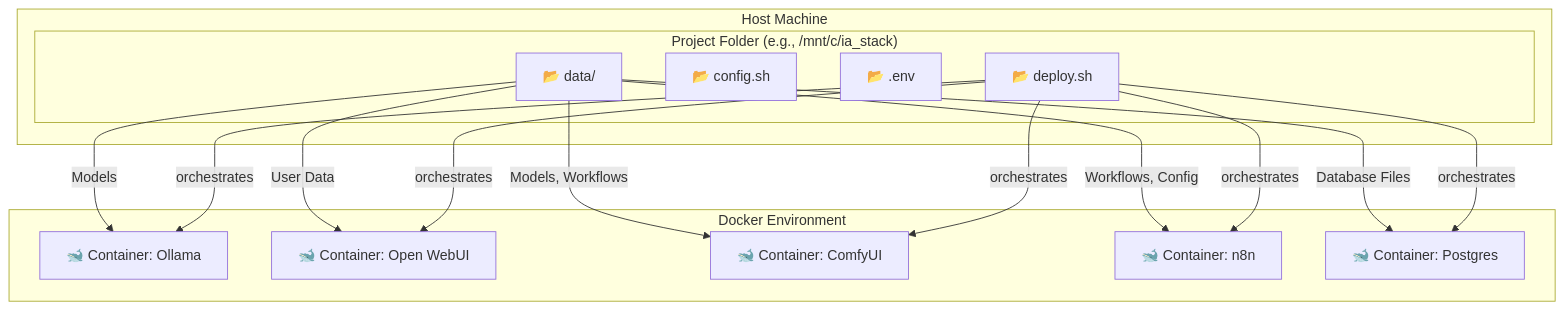
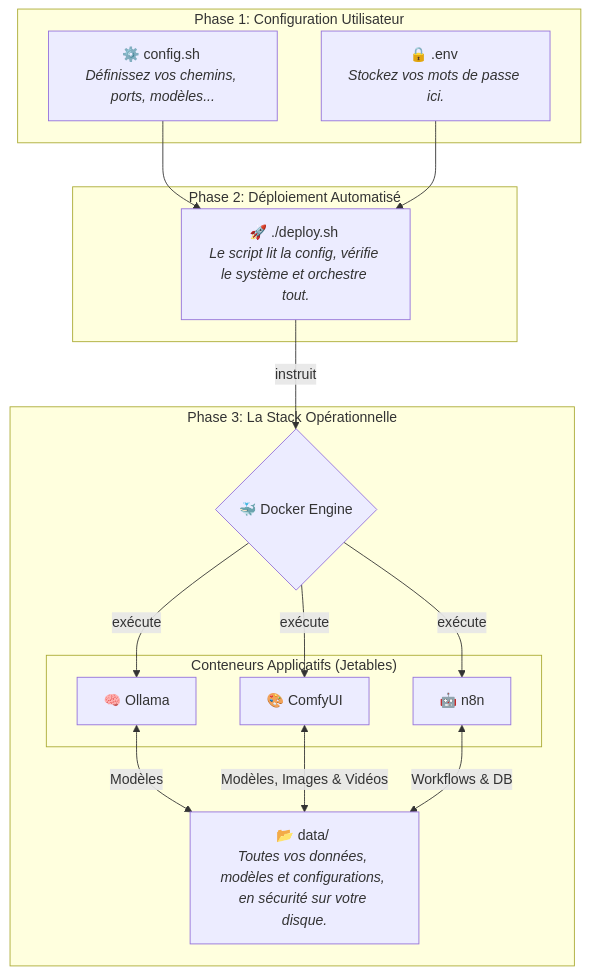
The diagram in README.md (Jamzi94/IAProd), drawn with Mermaid before and after one commit. The commit also changed other lines of this file, not shown here.

````diff
--- a/README.md
+++ b/README.md
@@ -30,31 +35,28 @@
 ```mermaid
 graph TD
-    subgraph Host Machine
-        subgraph "Project Folder (e.g., /mnt/c/ia_stack)"
-            A[📂 deploy.sh]
-            B[📂 config.sh]
-            C[📂 .env]
-            D[📂 data/]
-        end
+    subgraph "Phase 1: Configuration Utilisateur"
+        A[⚙️ config.sh <br><i>Définissez vos chemins, ports, modèles...</i>]
+        B[🔒 .env <br><i>Stockez vos mots de passe ici.</i>]
     end
 
-    subgraph Docker Environment
-        E[🐋 Container: Ollama]
-        F[🐋 Container: Open WebUI]
-        G[🐋 Container: ComfyUI]
-        H[🐋 Container: n8n]
-        I[🐋 Container: Postgres]
+    subgraph "Phase 2: Déploiement Automatisé"
+        C[🚀 ./deploy.sh <br><i>Le script lit la config, vérifie le système et orchestre tout.</i>]
     end
 
-    D -- "Models" --> E
-    D -- "User Data" --> F
-    D -- "Models, Workflows" --> G
-    D -- "Workflows, Config" --> H
-    D -- "Database Files" --> I
+    subgraph "Phase 3: La Stack Opérationnelle"
+        D{🐳 Docker Engine}
+        subgraph "Conteneurs Applicatifs (Jetables)"
+            E[🧠 Ollama]
+            F[🎨 ComfyUI]
+            G[🤖 n8n]
+        end
+        H[📂 data/ <br><i>Toutes vos données, modèles et configurations, en sécurité sur votre disque.</i>]
+    end
 
-    A -->|"orchestrates"| E
-    A -->|"orchestrates"| F
-    A -->|"orchestrates"| G
-    A -->|"orchestrates"| H
-    A -->|"orchestrates"| I
+    A & B --> C
+    C -- "instruit" --> D
+    D -- "exécute" --> E & F & G
+    E <--> |Modèles| H
+    F <--> |Modèles, Images & Vidéos| H
+    G <--> |Workflows & DB| H
 ```
````
